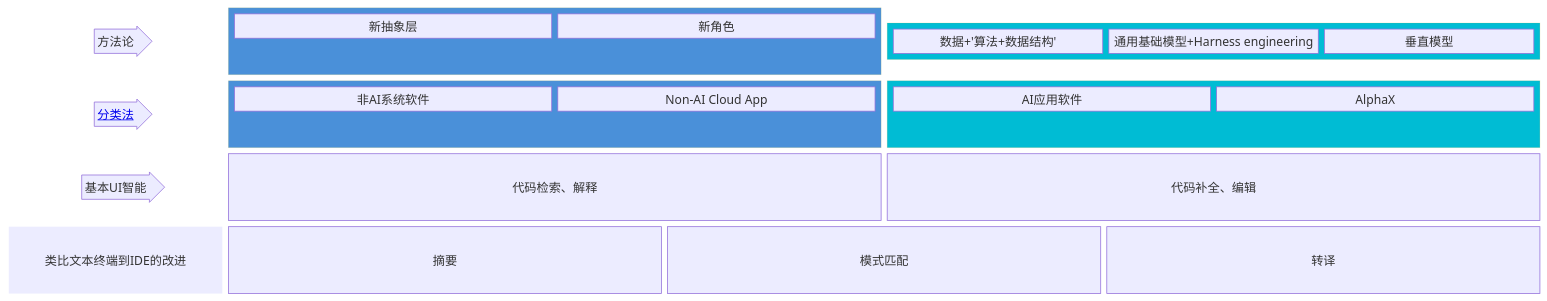
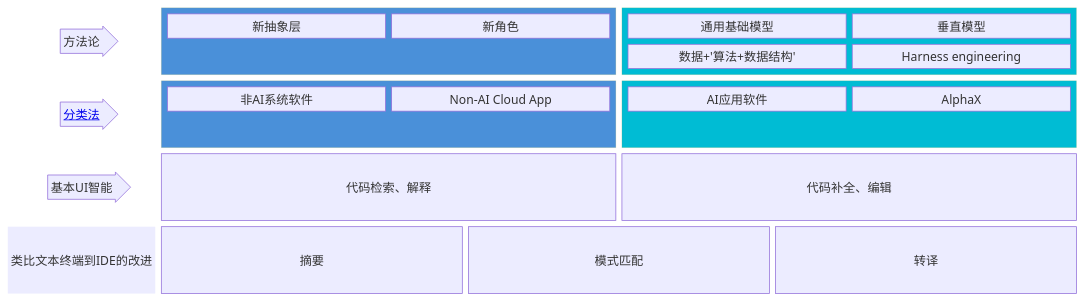
The diagram in README.md (AI-LLM/ai4se_white_paper), drawn with Mermaid before and after one commit.

````diff
--- a/README.md
+++ b/README.md
@@ -4,35 +4,37 @@
 ```mermaid
 block-beta
   columns 7
     A<["方法论"]>(right):1
     block:groupB:3
       B1["新抽象层"]:2
       B2["新角色"]:1
     end
     block:groupC:3
-      C1["数据+'算法+数据结构'"]:1
-      C2["通用基础模型+Harness engineering"]:1
-      C3["垂直模型"]:1
+      columns 2
+      C21["通用基础模型"]
+      C22["垂直模型"]
+      C11["数据+'算法+数据结构'"]
+      C12["Harness engineering"]
     end
     D<["<a href='https://ai-llm.github.io/ai4se_white_paper/taxonomy/index.html'>分类法</a>"]>(right)
     block:groupE:3
       E2["非AI系统软件"]:1
       E1["Non-AI Cloud App"]:2
     end
     block:groupF:3
       F1["AI应用软件"]:2
       F2["AlphaX"]:1
     end
     G<["基本UI智能"]>(right):1
     H["代码检索、解释"]:3
     I["代码补全、编辑"]:3
     comment1["类比文本终端到IDE的改进"]
     style comment1 fill:rgb(0,0,0,0),stroke:rgb(0,0,0,0),stroke-width:0
     K["摘要"]:2
     J["模式匹配"]:2
     L["转译"]:2
     style groupB fill:#4a90d9,color:#fff
     style groupE fill:#4a90d9,color:#fff
     style groupC fill:#00bcd4,color:#fff
     style groupF fill:#00bcd4,color:#fff
 ```
````
